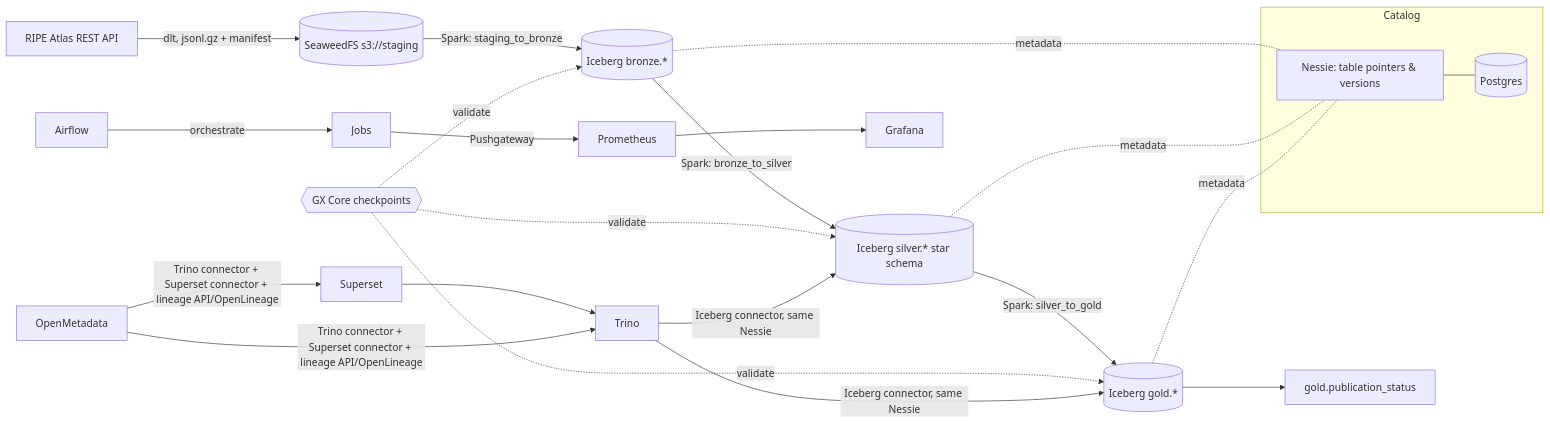
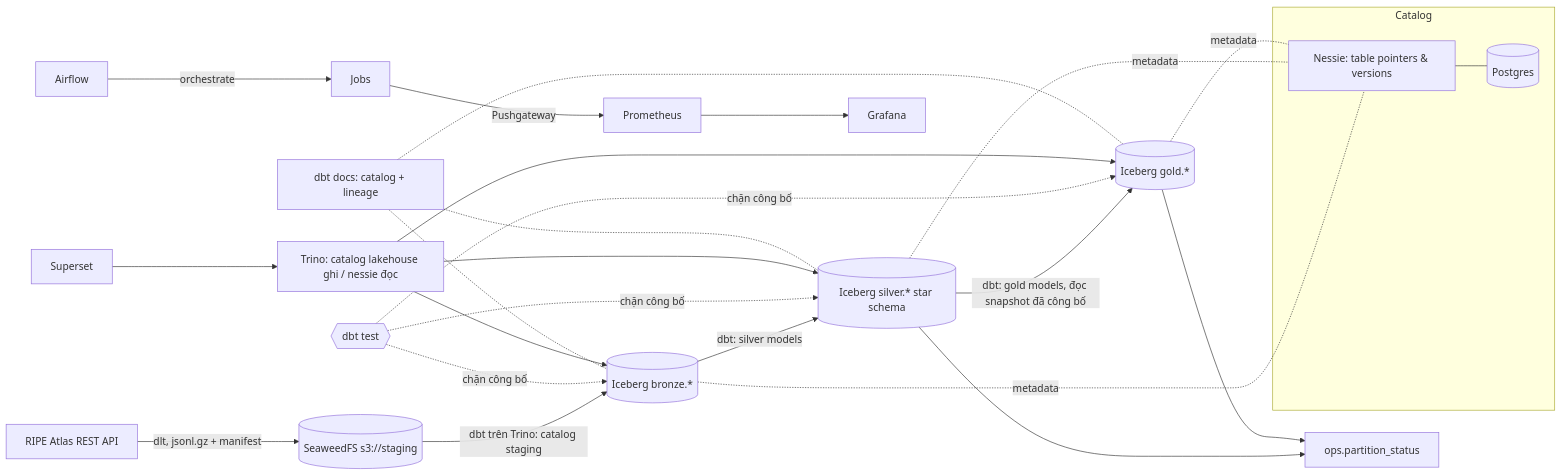
The diagram in docs/design.md (Taidung/ripe-atlas-lakehouse), drawn with Mermaid before and after one commit. The commit also changed other lines of this file and 131 other files, not shown here.

First line of the commit message:
refactor: tầng biến đổi chuyển từ Spark sang dbt trên Trino; bỏ GX và OpenMetadata

````diff
--- a/docs/design.md
+++ b/docs/design.md
@@ -27,19 +29,19 @@
 ```mermaid
 flowchart LR
   API[RIPE Atlas REST API] -->|dlt, jsonl.gz + manifest| STG[(SeaweedFS s3://staging)]
-  STG -->|Spark: staging_to_bronze| BR[(Iceberg bronze.*)]
-  BR -->|Spark: bronze_to_silver| SV[(Iceberg silver.* star schema)]
-  SV -->|Spark: silver_to_gold| GD[(Iceberg gold.*)]
-  GX{{GX Core checkpoints}} -.validate.-> BR & SV & GD
-  GD --> PUB[gold.publication_status]
+  STG -->|dbt trên Trino: catalog staging| BR[(Iceberg bronze.*)]
+  BR -->|dbt: silver models| SV[(Iceberg silver.* star schema)]
+  SV -->|dbt: gold models, đọc snapshot đã công bố| GD[(Iceberg gold.*)]
+  DT{{dbt test}} -.chặn công bố.-> BR & SV & GD
+  SV & GD --> PUB[ops.partition_status]
   subgraph Catalog
     NS[Nessie: table pointers & versions] --- PG[(Postgres)]
   end
   BR & SV & GD -. metadata .- NS
-  TR[Trino] -->|Iceberg connector, same Nessie| GD & SV
+  TR[Trino: catalog lakehouse ghi / nessie đọc] --> BR & SV & GD
   SS[Superset] --> TR
-  OM[OpenMetadata] -->|Trino connector + Superset connector + lineage API/OpenLineage| TR & SS
+  DOCS[dbt docs: catalog + lineage] -.- BR & SV & GD
   PROM[Prometheus] --> GF[Grafana]
   JOBS[Jobs] -->|Pushgateway| PROM
   AF[Airflow] -->|orchestrate| JOBS
 ```
````
